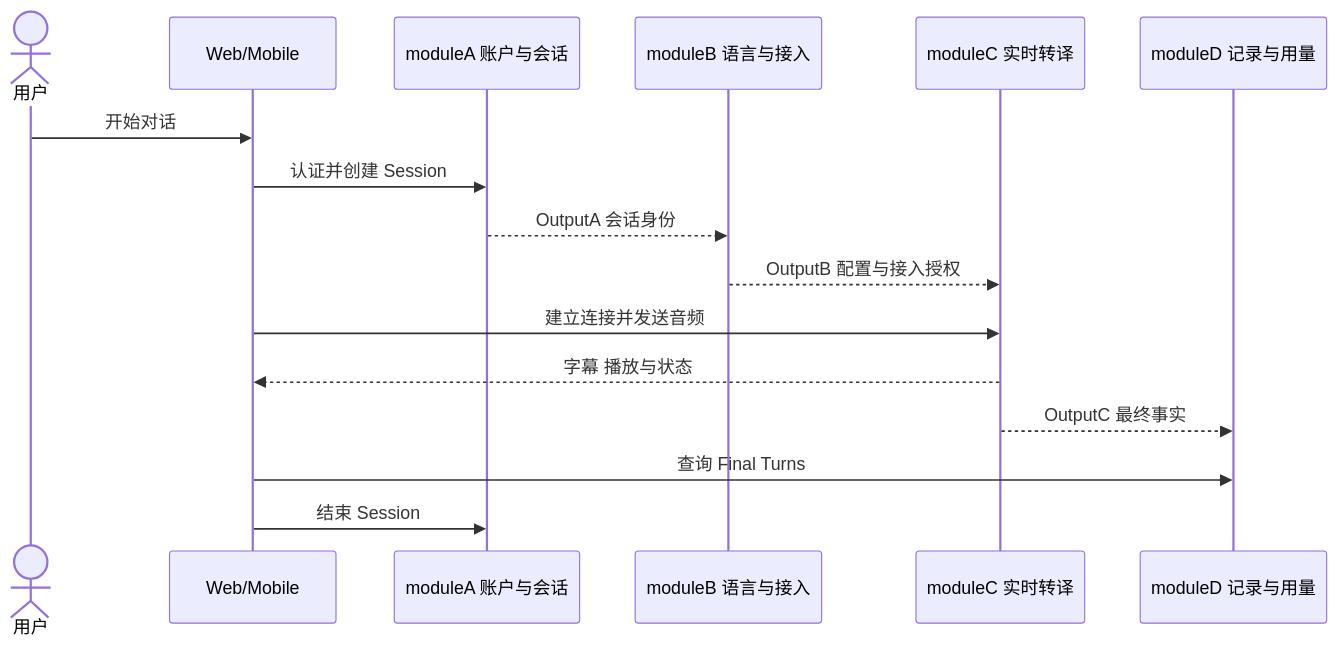
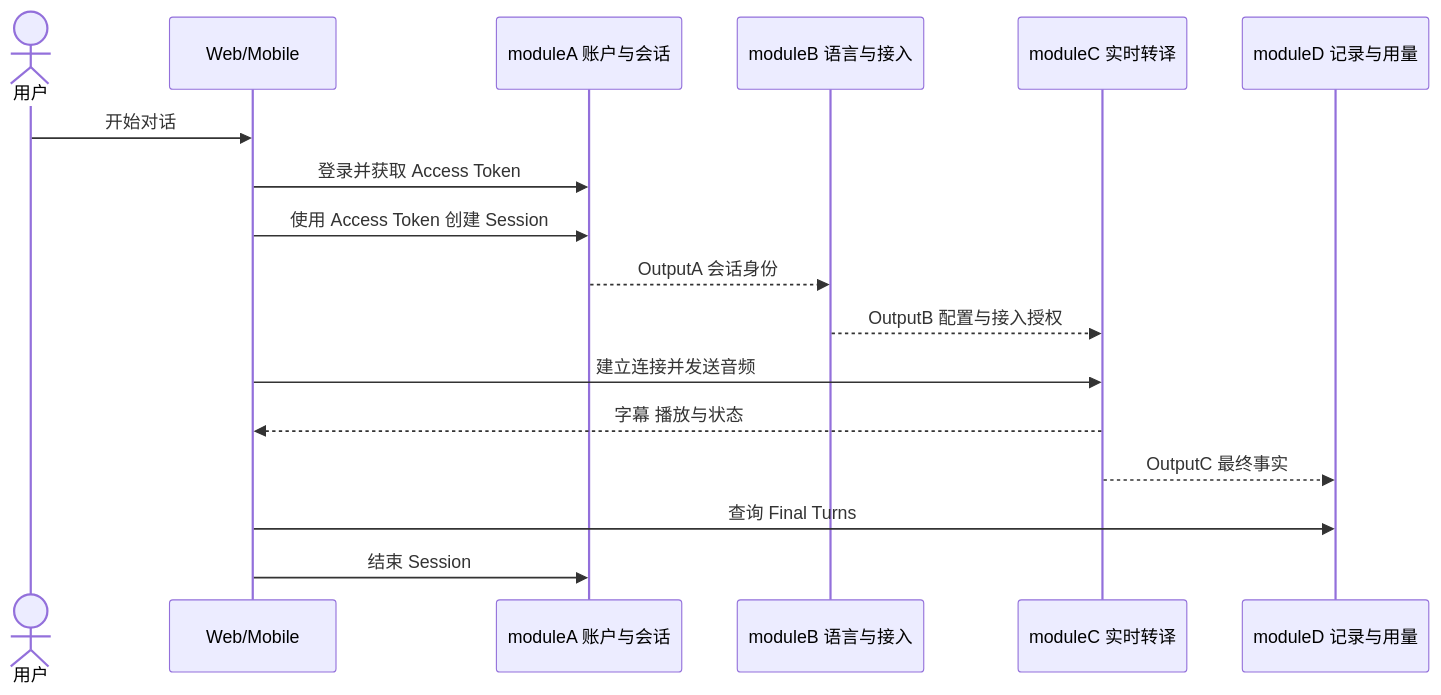
One commit to Gwen317/xe6-tsy changed the first of 6 diagrams in docs/USER_STORY_ARCHITECTURE_FLOW.md. Above: the diagram before and after it, drawn with Mermaid. The commit also changed other lines of this file and 3 other files, not shown here.

Commit message:
docs(architecture): link auth and usage code paths

````diff
--- a/docs/USER_STORY_ARCHITECTURE_FLOW.md
+++ b/docs/USER_STORY_ARCHITECTURE_FLOW.md
@@ -13,19 +13,20 @@
 ```mermaid
 sequenceDiagram
     actor User as 用户
     participant Client as Web/Mobile
     participant A as moduleA 账户与会话
     participant B as moduleB 语言与接入
     participant C as moduleC 实时转译
     participant D as moduleD 记录与用量
 
     User->>Client: 开始对话
-    Client->>A: 认证并创建 Session
+    Client->>A: 登录并获取 Access Token
+    Client->>A: 使用 Access Token 创建 Session
     A-->>B: OutputA 会话身份
     B-->>C: OutputB 配置与接入授权
     Client->>C: 建立连接并发送音频
     C-->>Client: 字幕 播放与状态
     C-->>D: OutputC 最终事实
     Client->>D: 查询 Final Turns
     Client->>A: 结束 Session
 ```
````
